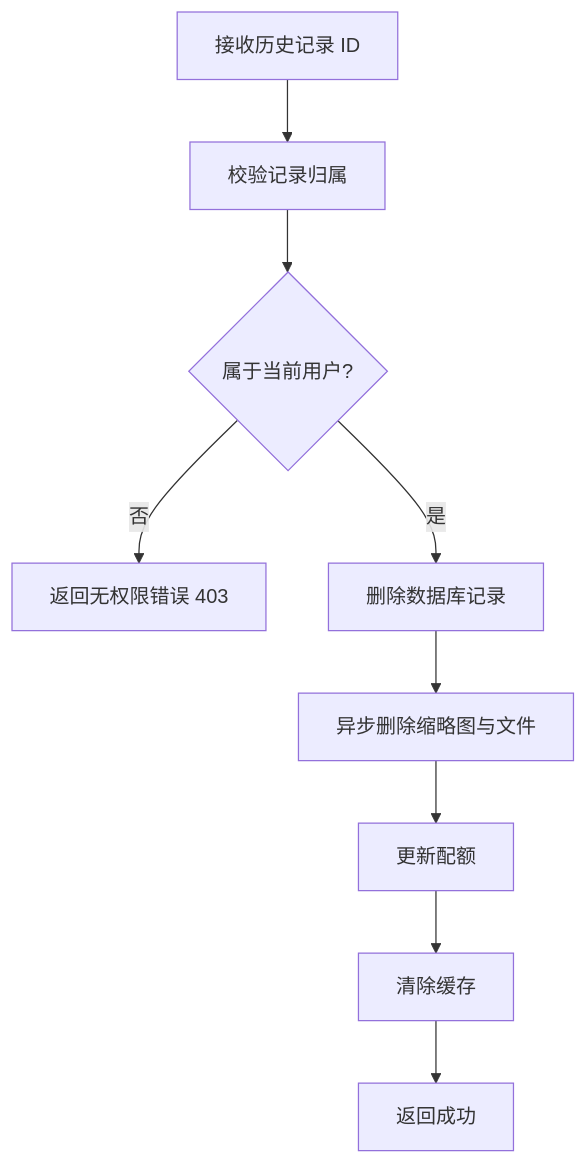
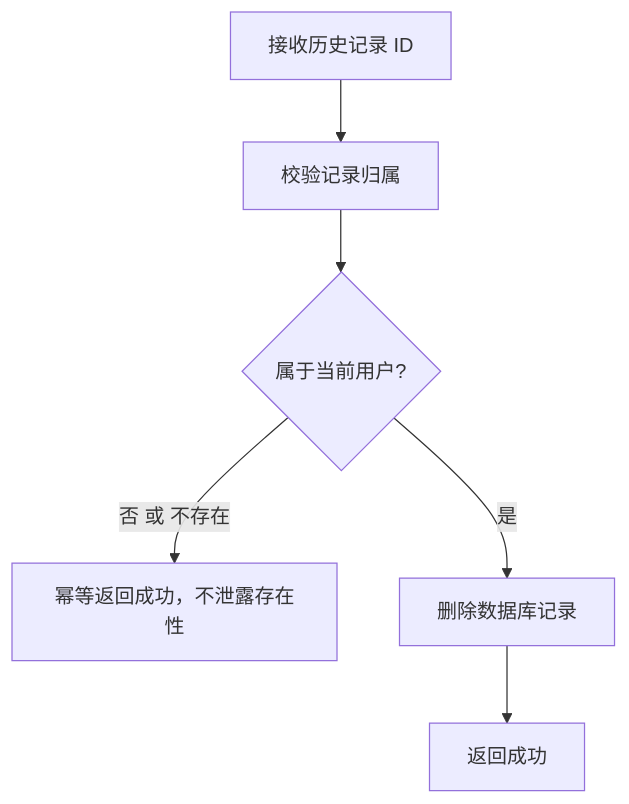
Before and after one commit to earthy-zinc/dehaze-system: the third of 3 diagrams in dehaze-doc/docs/03-模块设计/核心模块/图像输入/后端实现.md, drawn with Mermaid. The commit also changed other lines of this file and 2348 other files, not shown here.

````diff
--- a/dehaze-doc/docs/03-模块设计/核心模块/图像输入/后端实现.md
+++ b/dehaze-doc/docs/03-模块设计/核心模块/图像输入/后端实现.md
@@ -116,11 +128,8 @@
 ```mermaid
 graph TD
     A[接收历史记录 ID] --> B[校验记录归属]
     B --> C{属于当前用户?}
-    C -->|否| D[返回无权限错误 403]
+    C -->|否 或 不存在| D[幂等返回成功，不泄露存在性]
     C -->|是| E[删除数据库记录]
-    E --> F[异步删除缩略图与文件]
-    F --> G[更新配额]
-    G --> H[清除缓存]
-    H --> I[返回成功]
+    E --> I[返回成功]
 ```
````
